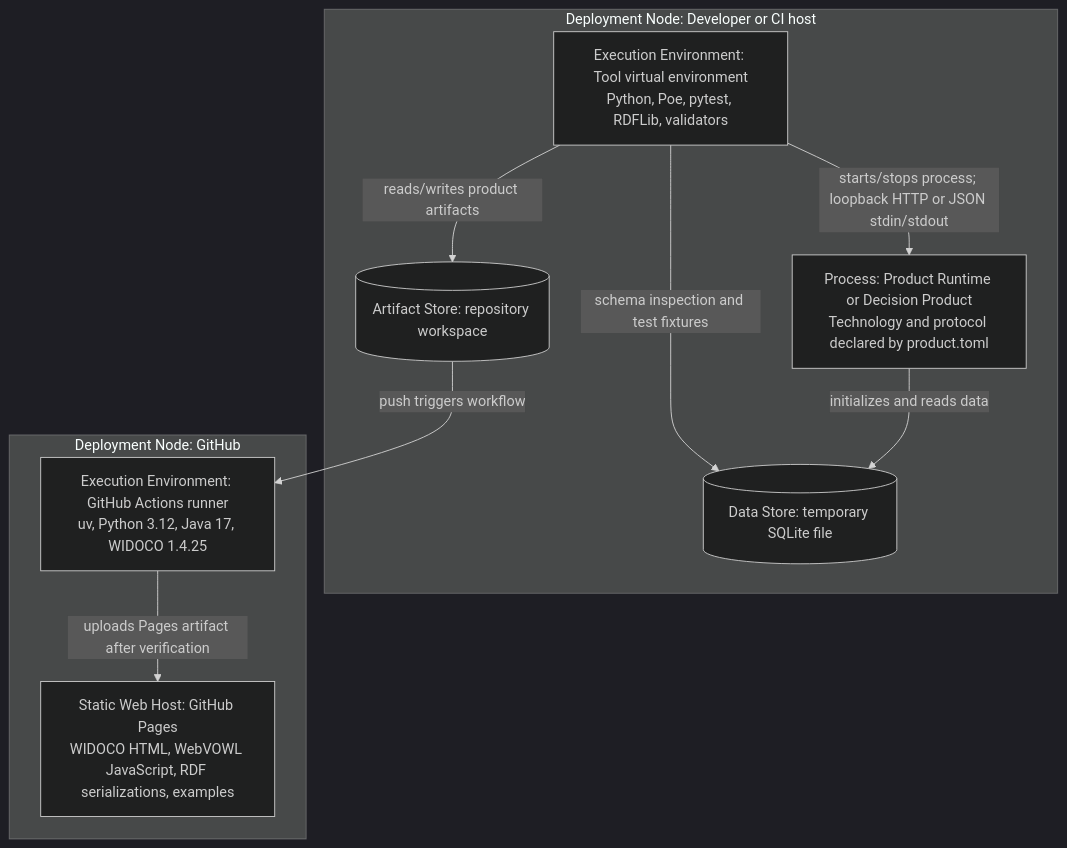
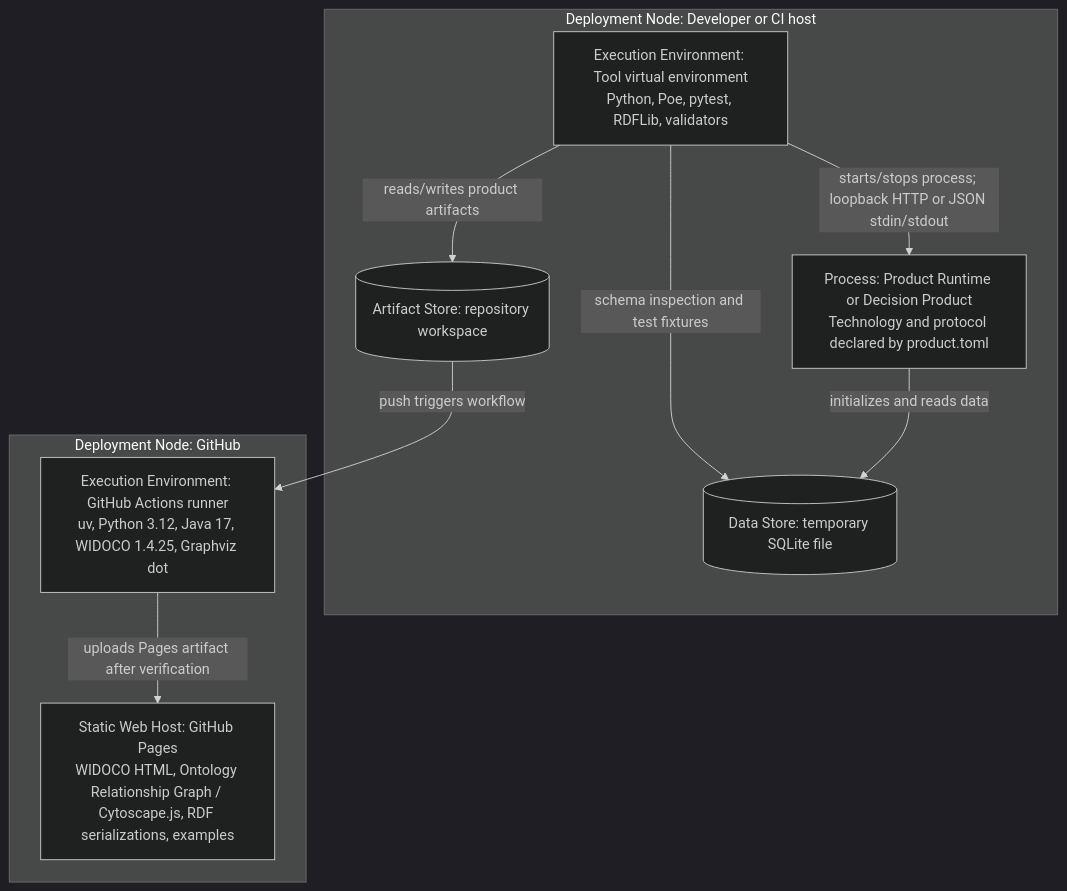
Before and after one commit to arturmiller/spec-compiler: the sixth of 6 diagrams in docs/architecture/arc42.md, drawn with Mermaid (dark theme). The commit also changed other lines of this file and 9 other files, not shown here.

Commit message:
Publish fixed ontology relationship graph on Pages

````diff
--- a/docs/architecture/arc42.md
+++ b/docs/architecture/arc42.md
@@ -404,22 +409,22 @@
 ```mermaid
 flowchart TB
     subgraph host["Deployment Node: Developer or CI host"]
         tool["Execution Environment: Tool virtual environment<br/>Python, Poe, pytest, RDFLib, validators"]
         product["Process: Product Runtime or Decision Product<br/>Technology and protocol declared by product.toml"]
         db[("Data Store: temporary SQLite file")]
         files[("Artifact Store: repository workspace")]
 
         tool -->|"reads/writes product artifacts"| files
         tool -->|"starts/stops process; loopback HTTP or JSON stdin/stdout"| product
         tool -->|"schema inspection and test fixtures"| db
         product -->|"initializes and reads data"| db
     end
 
     subgraph github["Deployment Node: GitHub"]
-        actions["Execution Environment: GitHub Actions runner<br/>uv, Python 3.12, Java 17, WIDOCO 1.4.25"]
-        pages["Static Web Host: GitHub Pages<br/>WIDOCO HTML, WebVOWL JavaScript, RDF serializations, examples"]
+        actions["Execution Environment: GitHub Actions runner<br/>uv, Python 3.12, Java 17, WIDOCO 1.4.25, Graphviz dot"]
+        pages["Static Web Host: GitHub Pages<br/>WIDOCO HTML, Ontology Relationship Graph / Cytoscape.js, RDF serializations, examples"]
         actions -->|"uploads Pages artifact after verification"| pages
     end
 
     files -->|"push triggers workflow"| actions
 ```
````
